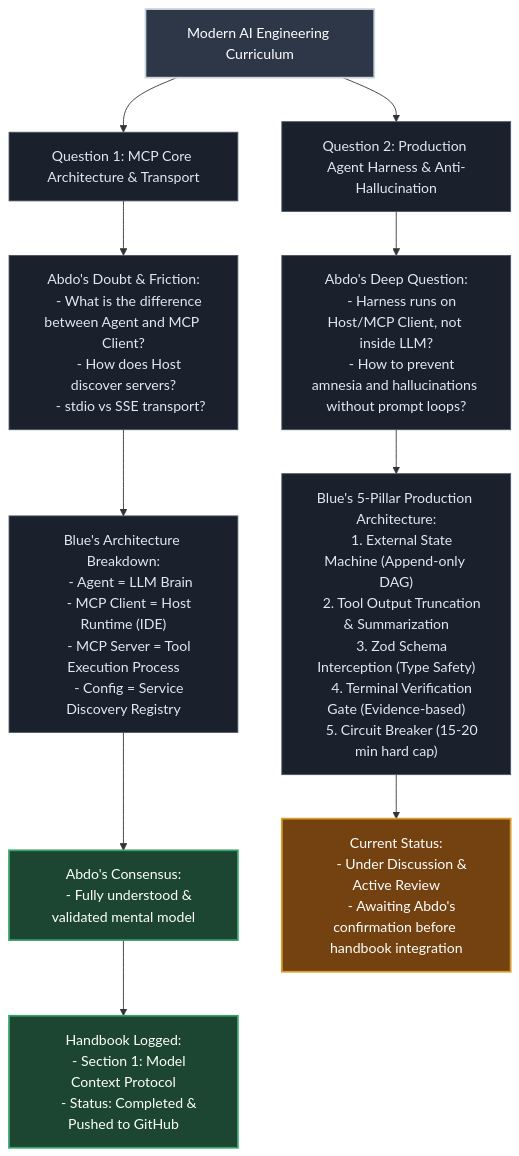
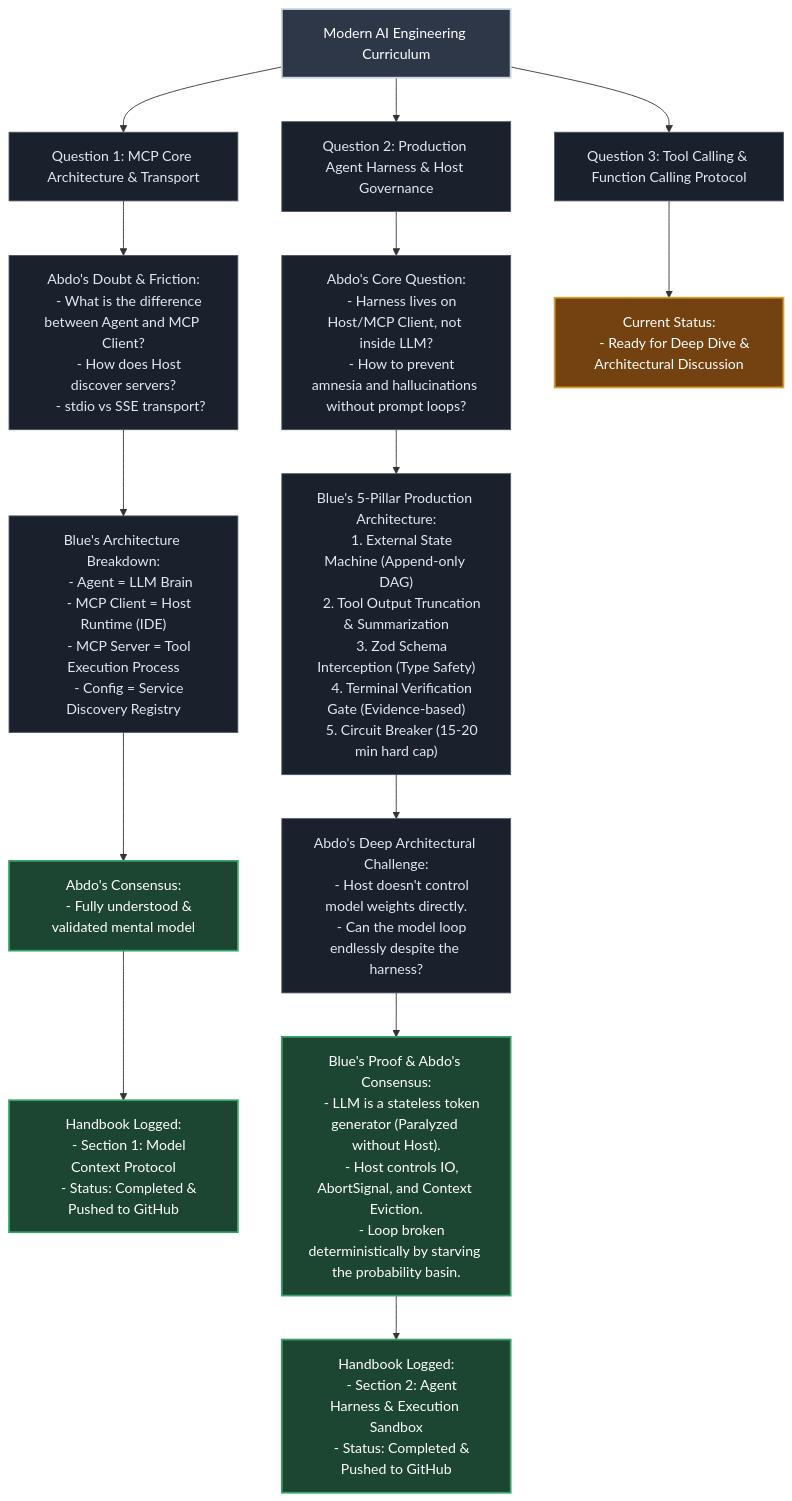
Before and after one commit to Abdo5-Mahmoud/Daily-Tracker-system: the diagram in engineering-learning/AI_CURRICULUM_QUESTION_TREE.md, drawn with Mermaid. The commit also changed other lines of this file and 1 other file, not shown here.

Commit message:
feat(curriculum): resolve Question 2 on agent harness architecture and update dialogue tree

````diff
--- a/engineering-learning/AI_CURRICULUM_QUESTION_TREE.md
+++ b/engineering-learning/AI_CURRICULUM_QUESTION_TREE.md
@@ -13,47 +13,59 @@
 ```mermaid
 flowchart TD
     Root["Modern AI Engineering Curriculum"]
 
     %% Question 1 Branch
     Root --> Q1["Question 1: MCP Core Architecture & Transport"]
     Q1 --> Q1_Doubt["Abdo's Doubt & Friction:
     - What is the difference between Agent and MCP Client?
     - How does Host discover servers?
     - stdio vs SSE transport?"]
     Q1_Doubt --> Q1_Analysis["Blue's Architecture Breakdown:
     - Agent = LLM Brain
     - MCP Client = Host Runtime (IDE)
     - MCP Server = Tool Execution Process
     - Config = Service Discovery Registry"]
     Q1_Analysis --> Q1_Resolution["Abdo's Consensus:
     - Fully understood & validated mental model"]
     Q1_Resolution --> Q1_Handbook["Handbook Logged:
     - Section 1: Model Context Protocol
     - Status: Completed & Pushed to GitHub"]
 
     %% Question 2 Branch
-    Root --> Q2["Question 2: Production Agent Harness & Anti-Hallucination"]
-    Q2 --> Q2_Doubt["Abdo's Deep Question:
-    - Harness runs on Host/MCP Client, not inside LLM?
+    Root --> Q2["Question 2: Production Agent Harness & Host Governance"]
+    Q2 --> Q2_Doubt["Abdo's Core Question:
+    - Harness lives on Host/MCP Client, not inside LLM?
     - How to prevent amnesia and hallucinations without prompt loops?"]
     Q2_Doubt --> Q2_Analysis["Blue's 5-Pillar Production Architecture:
     1. External State Machine (Append-only DAG)
     2. Tool Output Truncation & Summarization
     3. Zod Schema Interception (Type Safety)
     4. Terminal Verification Gate (Evidence-based)
     5. Circuit Breaker (15-20 min hard cap)"]
-    Q2_Analysis --> Q2_Pending["Current Status:
-    - Under Discussion & Active Review
-    - Awaiting Abdo's confirmation before handbook integration"]
+    Q2_Analysis --> Q2_Friction["Abdo's Deep Architectural Challenge:
+    - Host doesn't control model weights directly.
+    - Can the model loop endlessly despite the harness?"]
+    Q2_Friction --> Q2_Resolution["Blue's Proof & Abdo's Consensus:
+    - LLM is a stateless token generator (Paralyzed without Host).
+    - Host controls IO, AbortSignal, and Context Eviction.
+    - Loop broken deterministically by starving the probability basin."]
+    Q2_Resolution --> Q2_Handbook["Handbook Logged:
+    - Section 2: Agent Harness & Execution Sandbox
+    - Status: Completed & Pushed to GitHub"]
+
+    %% Question 3 Branch
+    Root --> Q3["Question 3: Tool Calling & Function Calling Protocol"]
+    Q3 --> Q3_Pending["Current Status:
+    - Ready for Deep Dive & Architectural Discussion"]
 
     %% Styling
     classDef rootStyle fill:#2d3748,stroke:#cbd5e0,stroke-width:2px,color:#fff;
     classDef resolvedStyle fill:#1c4532,stroke:#38a169,stroke-width:2px,color:#fff;
     classDef pendingStyle fill:#744210,stroke:#d69e2e,stroke-width:2px,color:#fff;
     classDef nodeStyle fill:#1a202c,stroke:#4a5568,stroke-width:1px,color:#e2e8f0;
 
     class Root rootStyle;
-    class Q1,Q1_Doubt,Q1_Analysis,Q2,Q2_Doubt,Q2_Analysis nodeStyle;
-    class Q1_Resolution,Q1_Handbook resolvedStyle;
-    class Q2_Pending pendingStyle;
+    class Q1,Q1_Doubt,Q1_Analysis,Q2,Q2_Doubt,Q2_Analysis,Q2_Friction,Q3 nodeStyle;
+    class Q1_Resolution,Q1_Handbook,Q2_Resolution,Q2_Handbook resolvedStyle;
+    class Q3_Pending pendingStyle;
 ```
````
